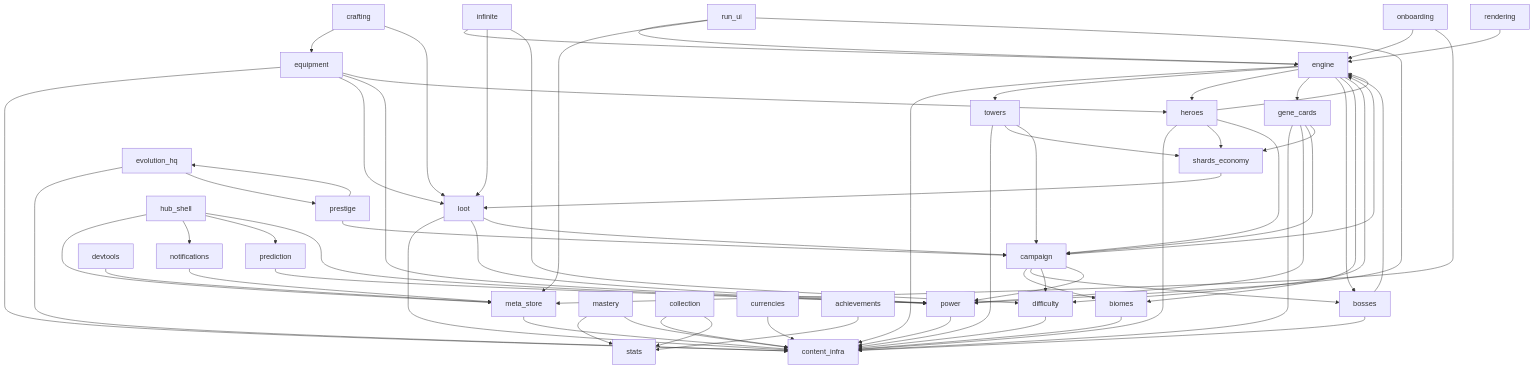
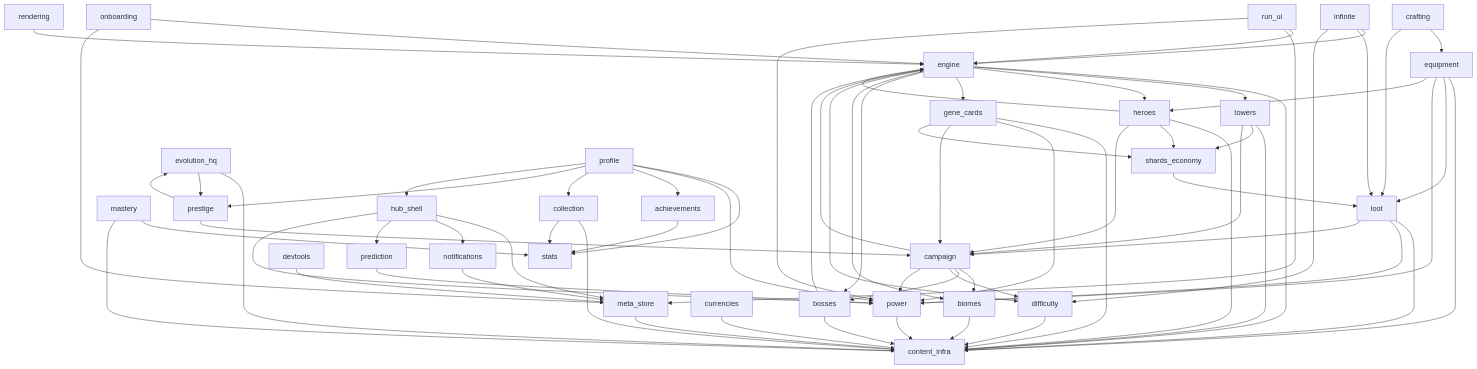
One commit to jathanalston-ship-it/TowerDefenseGame changed the diagram in docs/DEPENDENCY_GRAPH.md. Above: the diagram before and after it, drawn with Mermaid. The commit also changed other lines of this file and 14 other files, not shown here.

````diff
--- a/docs/DEPENDENCY_GRAPH.md
+++ b/docs/DEPENDENCY_GRAPH.md
@@ -10,68 +10,74 @@
 ```mermaid
 graph TD
   engine --> content_infra
   engine --> towers
   engine --> heroes
   engine --> gene_cards
   engine --> bosses
   engine --> biomes
   engine --> difficulty
   power --> content_infra
   campaign --> engine
   campaign --> biomes
   campaign --> bosses
   campaign --> difficulty
   campaign --> power
   infinite --> engine
   infinite --> loot
   infinite --> difficulty
   towers --> content_infra
   towers --> shards_economy
   towers --> campaign
   mastery --> stats
   mastery --> content_infra
   heroes --> content_infra
   heroes --> engine
   heroes --> shards_economy
   heroes --> campaign
   equipment --> content_infra
   equipment --> loot
   equipment --> power
   equipment --> heroes
   crafting --> equipment
   crafting --> loot
   loot --> content_infra
   loot --> power
   loot --> campaign
   gene_cards --> content_infra
   gene_cards --> power
   gene_cards --> campaign
   gene_cards --> shards_economy
   shards_economy --> loot
   collection --> content_infra
   collection --> stats
   evolution_hq --> content_infra
   evolution_hq --> prestige
   prestige --> campaign
   prestige --> evolution_hq
   currencies --> content_infra
   achievements --> stats
+  profile --> stats
+  profile --> power
+  profile --> achievements
+  profile --> collection
+  profile --> prestige
+  profile --> hub_shell
   onboarding --> engine
   onboarding --> meta_store
   hub_shell --> meta_store
   hub_shell --> notifications
   hub_shell --> prediction
   hub_shell --> power
   run_ui --> engine
   run_ui --> meta_store
   run_ui --> power
   notifications --> meta_store
   prediction --> power
   meta_store --> content_infra
   bosses --> engine
   bosses --> content_infra
   biomes --> content_infra
   difficulty --> content_infra
   rendering --> engine
   devtools --> meta_store
 ```
````
